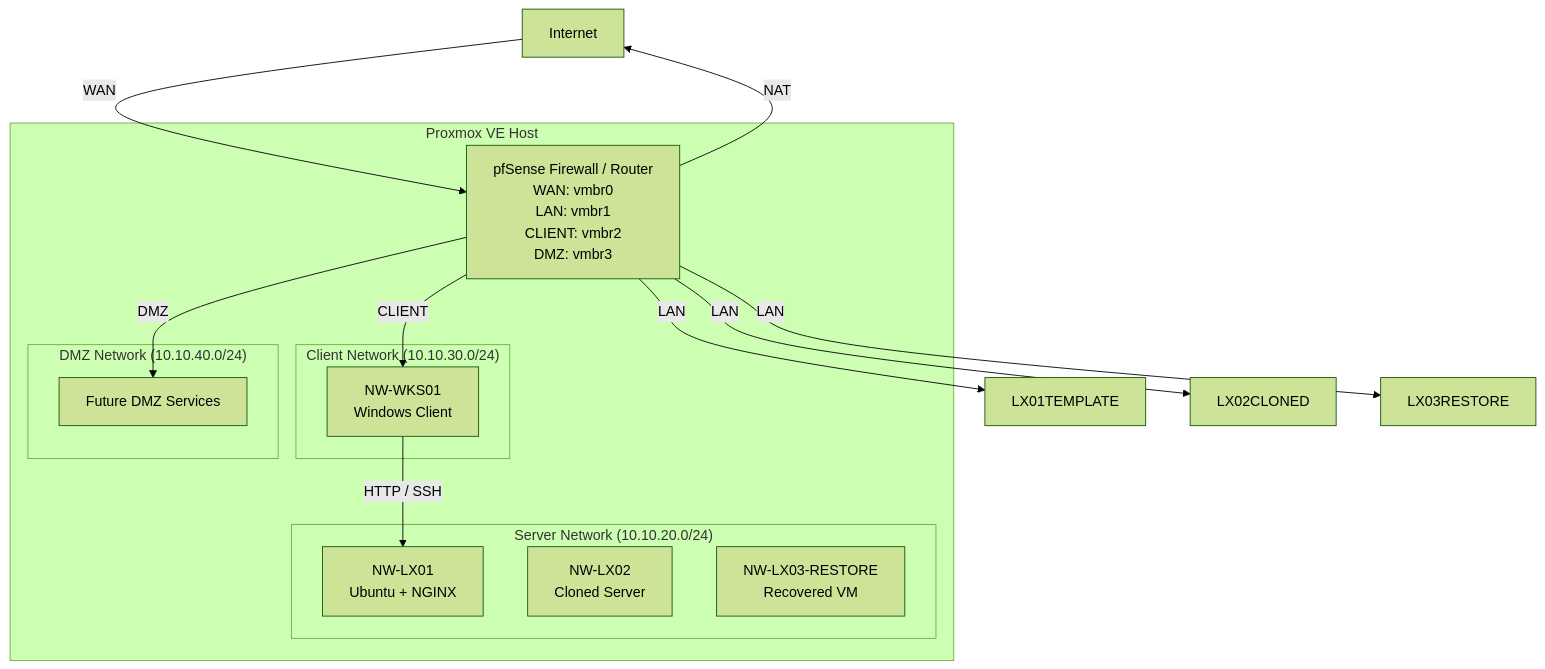
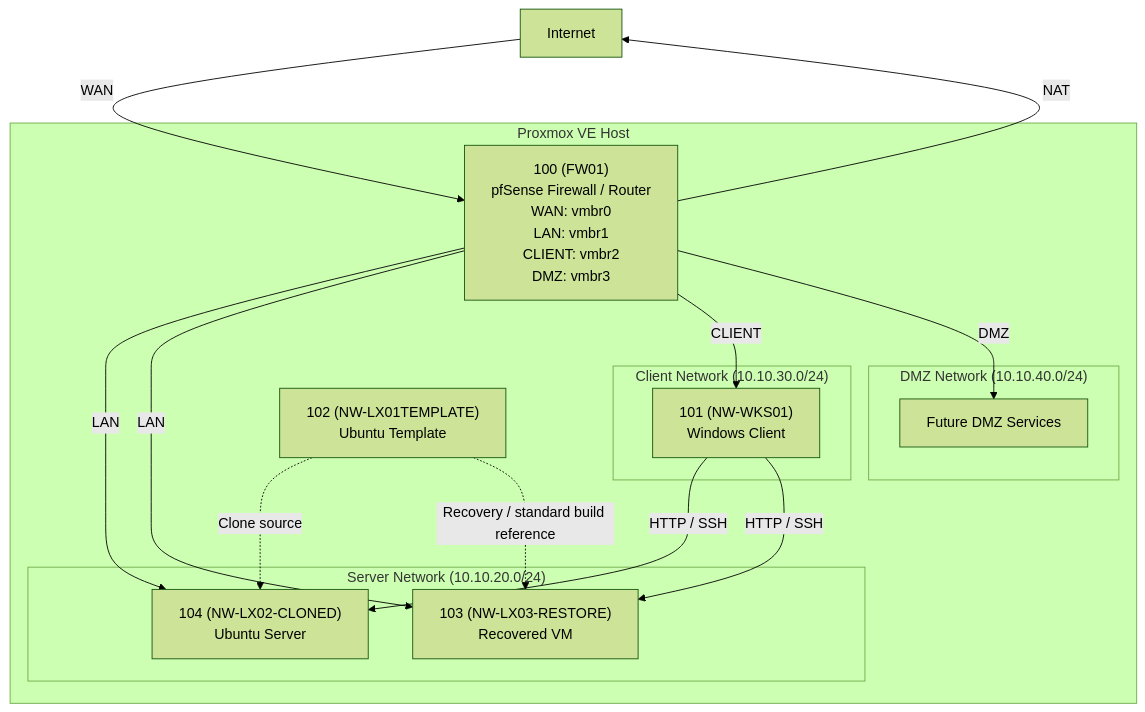
One commit to StanleyDims/northwind-enterprise-lab changed the first of 2 diagrams in phase-1-foundation/README.md. Above: the diagram before and after it, drawn with Mermaid (forest theme). The commit also changed 7 other files, not shown here.

````diff
--- a/phase-1-foundation/README.md
+++ b/phase-1-foundation/README.md
@@ -22,35 +22,40 @@
 ```mermaid
-graph TD
+graph TB
 
     Internet["Internet"]
 
     subgraph Proxmox["Proxmox VE Host"]
 
-        pfSense["pfSense Firewall / Router<br/>WAN: vmbr0<br/>LAN: vmbr1<br/>CLIENT: vmbr2<br/>DMZ: vmbr3"]
+        FW01["100 (FW01)<br/>pfSense Firewall / Router<br/>WAN: vmbr0<br/>LAN: vmbr1<br/>CLIENT: vmbr2<br/>DMZ: vmbr3"]
 
         subgraph ServerNet["Server Network (10.10.20.0/24)"]
-            LX01["NW-LX01<br/>Ubuntu + NGINX"]
-            LX02["NW-LX02<br/>Cloned Server"]
-            LXRESTORE["NW-LX03-RESTORE<br/>Recovered VM"]
+            LX02["104 (NW-LX02-CLONED)<br/>Ubuntu Server"]
+            LX03["103 (NW-LX03-RESTORE)<br/>Recovered VM"]
         end
 
         subgraph ClientNet["Client Network (10.10.30.0/24)"]
-            WKS01["NW-WKS01<br/>Windows Client"]
+            WKS01["101 (NW-WKS01)<br/>Windows Client"]
         end
 
         subgraph DMZNet["DMZ Network (10.10.40.0/24)"]
             DMZ1["Future DMZ Services"]
         end
+
+        TEMPLATE["102 (NW-LX01TEMPLATE)<br/>Ubuntu Template"]
     end
 
-    Internet -->|WAN| pfSense
+    Internet -->|WAN| FW01
 
-    pfSense -->|LAN| LX01TEMPLATE
-    pfSense -->|LAN| LX02CLONED
-    pfSense -->|LAN| LX03RESTORE
-    pfSense -->|CLIENT| WKS01
-    pfSense -->|DMZ| DMZ1
+    FW01 -->|LAN| LX02
+    FW01 -->|LAN| LX03
+    FW01 -->|CLIENT| WKS01
+    FW01 -->|DMZ| DMZ1
 
-    WKS01 -->|HTTP / SSH| LX01
-    pfSense -->|NAT| Internet
+    WKS01 -->|HTTP / SSH| LX02
+    WKS01 -->|HTTP / SSH| LX03
+
+    FW01 -->|NAT| Internet
+
+    TEMPLATE -. Clone source .-> LX02
+    TEMPLATE -. Recovery / standard build reference .-> LX03
 ```
````
